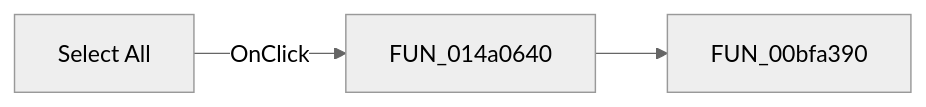
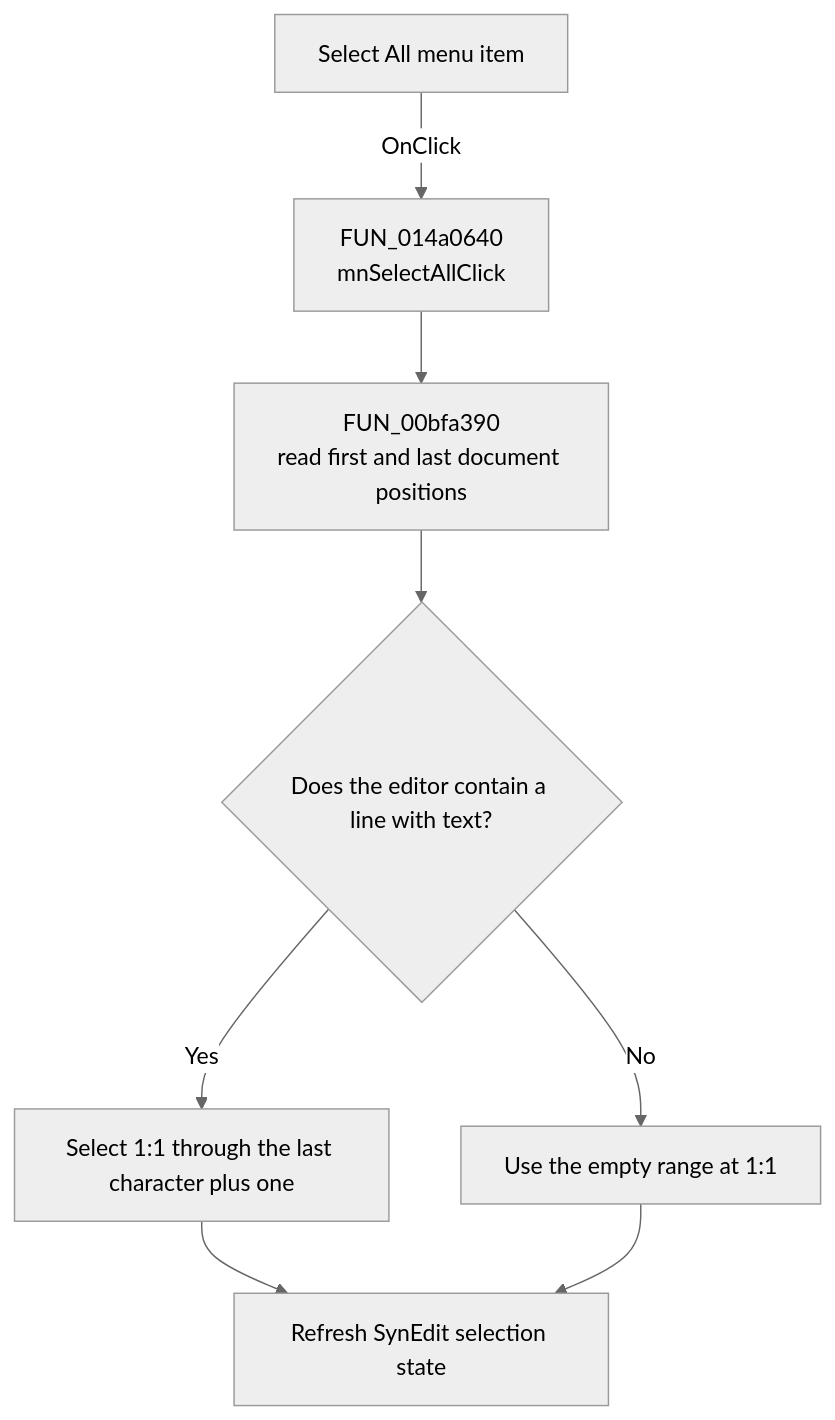
Before and after one commit to MovGP0/TIARA: the diagram in docs/ui-controls/vhdleditor/mnselectall-568e807aea.md, drawn with Mermaid (neutral theme). The commit also changed other lines of this file and 1062 other files, not shown here.

````diff
--- a/docs/ui-controls/vhdleditor/mnselectall-568e807aea.md
+++ b/docs/ui-controls/vhdleditor/mnselectall-568e807aea.md
@@ -27,5 +34,10 @@
 ```mermaid
-flowchart LR
-    control["Select All"] -->|OnClick| handler["FUN_014a0640"]
-    handler --> call1["FUN_00bfa390"]
+flowchart TD
+    control["Select All menu item"] -->|OnClick| handler["FUN_014a0640<br/>mnSelectAllClick"]
+    handler --> selectHelper["FUN_00bfa390<br/>read first and last document positions"]
+    selectHelper --> emptyDocument{"Does the editor contain a line with text?"}
+    emptyDocument -->|Yes| fullRange["Select 1:1 through the last character plus one"]
+    emptyDocument -->|No| emptyRange["Use the empty range at 1:1"]
+    fullRange --> refreshSelection["Refresh SynEdit selection state"]
+    emptyRange --> refreshSelection
 ```
````
